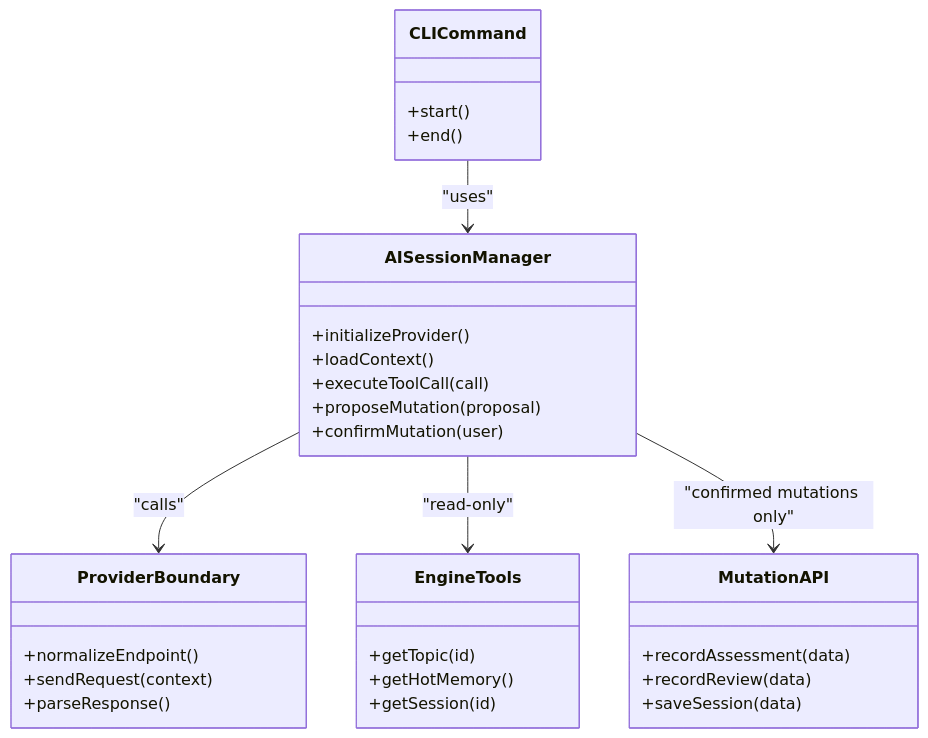
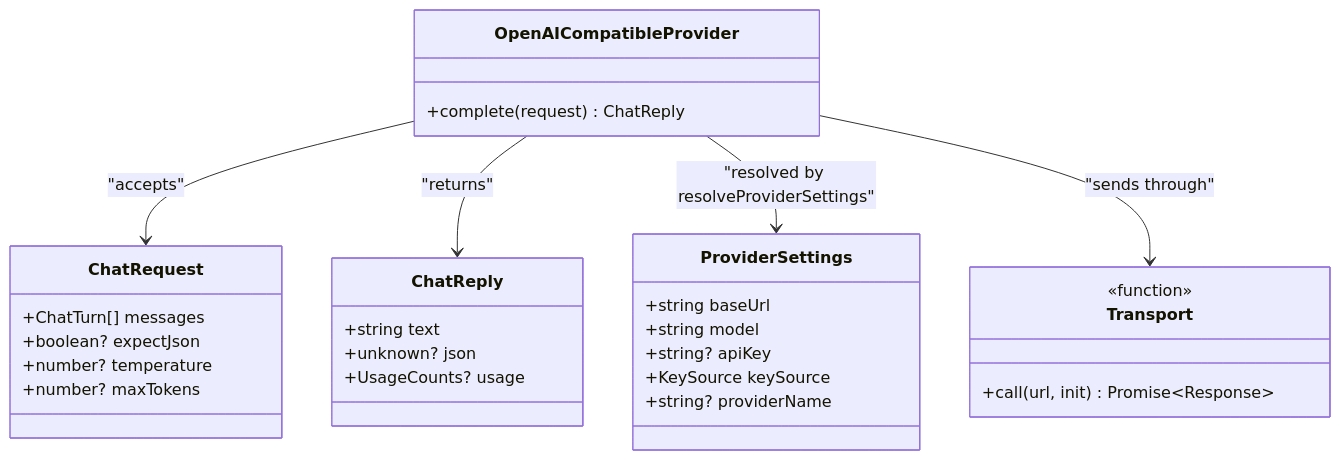
The tenth of 11 diagrams in Architecture Decision Records/Planning and Design Documents.md (Kuldeep2822k/palee-architecture), drawn with Mermaid before and after one commit. The commit also changed other lines of this file and 8 other files, not shown here.

Commit message:
docs(adr): fix lifecycle statuses, stale-temp order and planning diagrams

````diff
--- a/Architecture Decision Records/Planning and Design Documents.md
+++ b/Architecture Decision Records/Planning and Design Documents.md
@@ -446,38 +449,37 @@
 ```mermaid
 classDiagram
-    class CLICommand {
-        +start()
-        +end()
+    class OpenAICompatibleProvider {
+        +complete(request) ChatReply
     }
 
-    class AISessionManager {
-        +initializeProvider()
-        +loadContext()
-        +executeToolCall(call)
-        +proposeMutation(proposal)
-        +confirmMutation(user)
+    class ChatRequest {
+        +ChatTurn[] messages
+        +boolean? expectJson
+        +number? temperature
+        +number? maxTokens
     }
 
-    class ProviderBoundary {
-        +normalizeEndpoint()
-        +sendRequest(context)
-        +parseResponse()
+    class ChatReply {
+        +string text
+        +unknown? json
+        +UsageCounts? usage
     }
 
-    class EngineTools {
-        +getTopic(id)
-        +getHotMemory()
-        +getSession(id)
+    class ProviderSettings {
+        +string baseUrl
+        +string model
+        +string? apiKey
+        +KeySource keySource
+        +string? providerName
     }
 
-    class MutationAPI {
-        +recordAssessment(data)
-        +recordReview(data)
-        +saveSession(data)
+    class Transport {
+        <<function>>
+        +call(url, init) Promise~Response~
     }
 
-    CLICommand --> AISessionManager : "uses"
-    AISessionManager --> ProviderBoundary : "calls"
-    AISessionManager --> EngineTools : "read-only"
-    AISessionManager --> MutationAPI : "confirmed mutations only"
+    OpenAICompatibleProvider --> ChatRequest : "accepts"
+    OpenAICompatibleProvider --> ChatReply : "returns"
+    OpenAICompatibleProvider --> ProviderSettings : "resolved by resolveProviderSettings"
+    OpenAICompatibleProvider --> Transport : "sends through"
 ```
````
